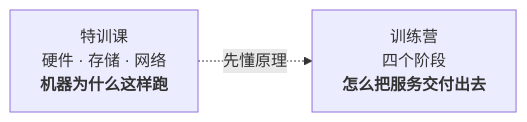
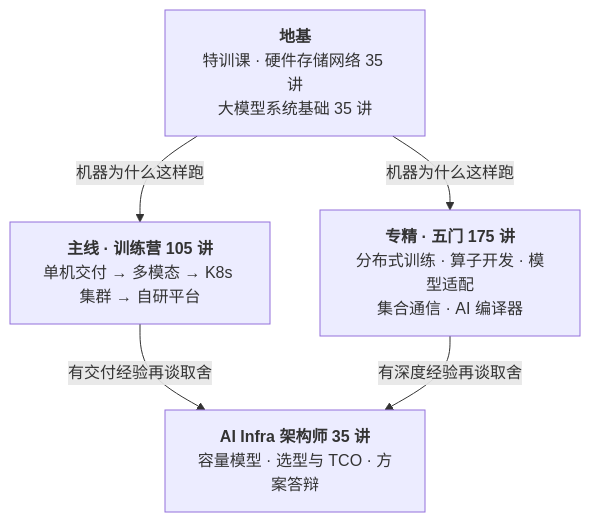
Before and after one commit to aiinfra-store/aiinfra-store: the diagram in README.md, drawn with Mermaid. The commit also changed other lines of this file and 1 other file, not shown here.

Commit message:
主页加体系全景图，修正试看索引课程数

````diff
--- a/README.md
+++ b/README.md
@@ -13,6 +11,11 @@
 ```mermaid
-flowchart LR
-    T["特训课<br/>硬件 · 存储 · 网络<br/><b>机器为什么这样跑</b>"]
-    B["训练营<br/>四个阶段<br/><b>怎么把服务交付出去</b>"]
-    T -.先懂原理.-> B
+flowchart TD
+    A["<b>地基</b><br/>特训课 · 硬件存储网络 35 讲<br/>大模型系统基础 35 讲"]
+    B["<b>主线 · 训练营 105 讲</b><br/>单机交付 → 多模态 → K8s 集群 → 自研平台"]
+    C["<b>专精 · 五门 175 讲</b><br/>分布式训练 · 算子开发 · 模型适配<br/>集合通信 · AI 编译器"]
+    D["<b>AI Infra 架构师 35 讲</b><br/>容量模型 · 选型与 TCO · 方案答辩"]
+    A -->|机器为什么这样跑| B
+    A -->|机器为什么这样跑| C
+    B -->|有交付经验再谈取舍| D
+    C -->|有深度经验再谈取舍| D
 ```
````
